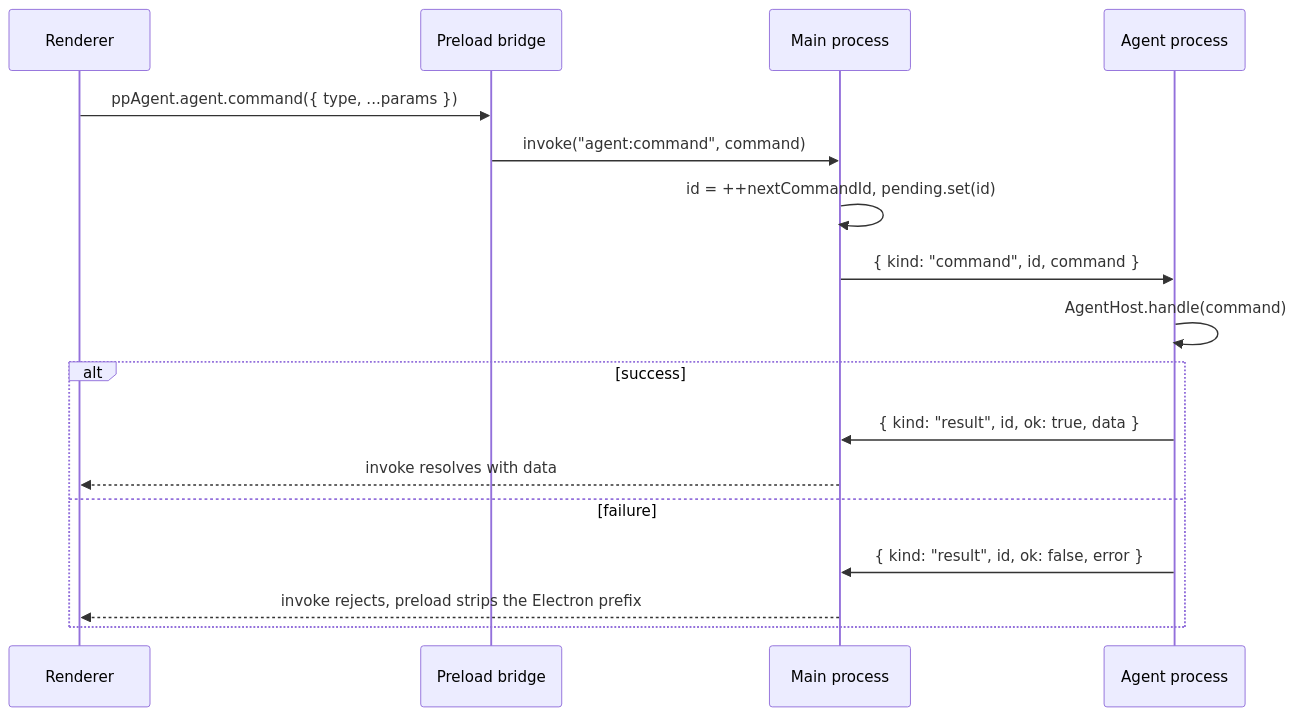
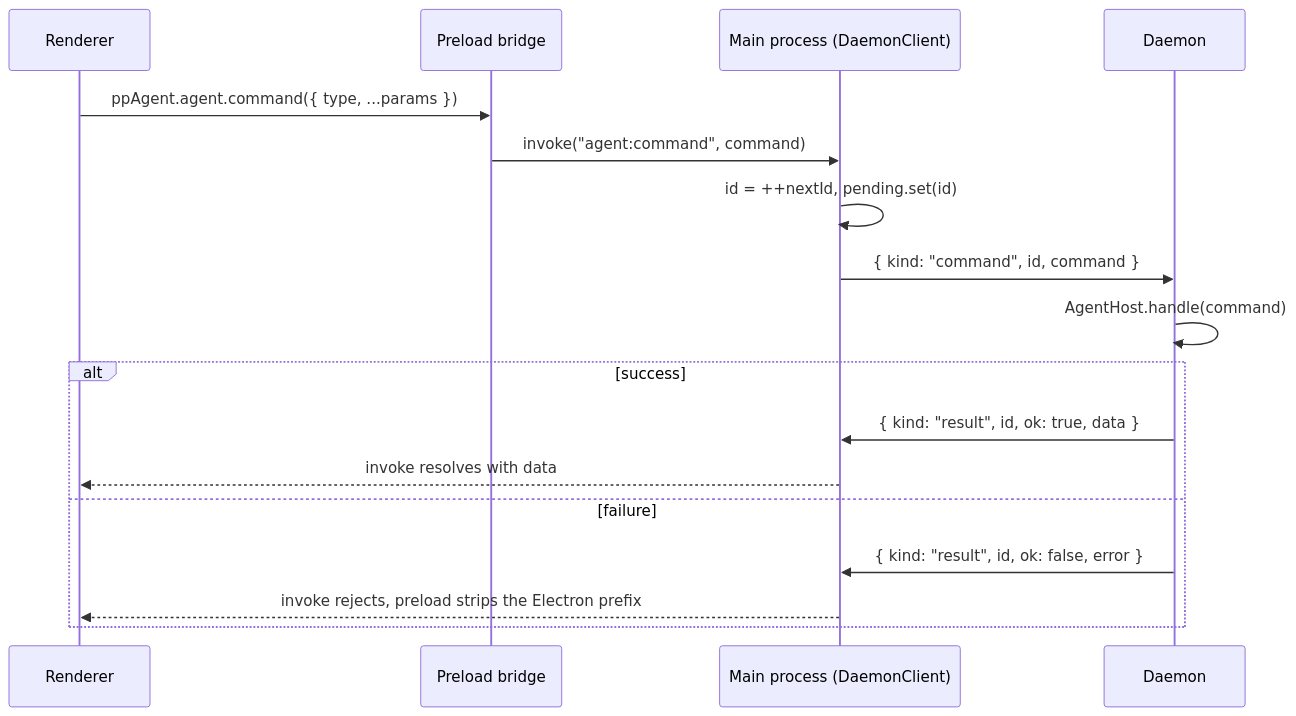
The diagram in docs/architecture/ipc-and-messages.md (pp-techs/pp-agent), drawn with Mermaid before and after one commit. The commit also changed other lines of this file and 167 other files, not shown here.

First line of the commit message:
feat(agent): run the agent in a background daemon and add a Telegram channel (#16)

````diff
--- a/docs/architecture/ipc-and-messages.md
+++ b/docs/architecture/ipc-and-messages.md
@@ -61,19 +68,19 @@
 ```mermaid
 sequenceDiagram
   participant R as Renderer
   participant P as Preload bridge
-  participant M as Main process
-  participant A as Agent process
+  participant M as Main process (DaemonClient)
+  participant D as Daemon
   R->>P: ppAgent.agent.command({ type, ...params })
   P->>M: invoke("agent:command", command)
-  M->>M: id = ++nextCommandId, pending.set(id)
-  M->>A: { kind: "command", id, command }
-  A->>A: AgentHost.handle(command)
+  M->>M: id = ++nextId, pending.set(id)
+  M->>D: { kind: "command", id, command }
+  D->>D: AgentHost.handle(command)
   alt success
-    A->>M: { kind: "result", id, ok: true, data }
+    D->>M: { kind: "result", id, ok: true, data }
     M-->>R: invoke resolves with data
   else failure
-    A->>M: { kind: "result", id, ok: false, error }
+    D->>M: { kind: "result", id, ok: false, error }
     M-->>R: invoke rejects, preload strips the Electron prefix
   end
 ```
````
